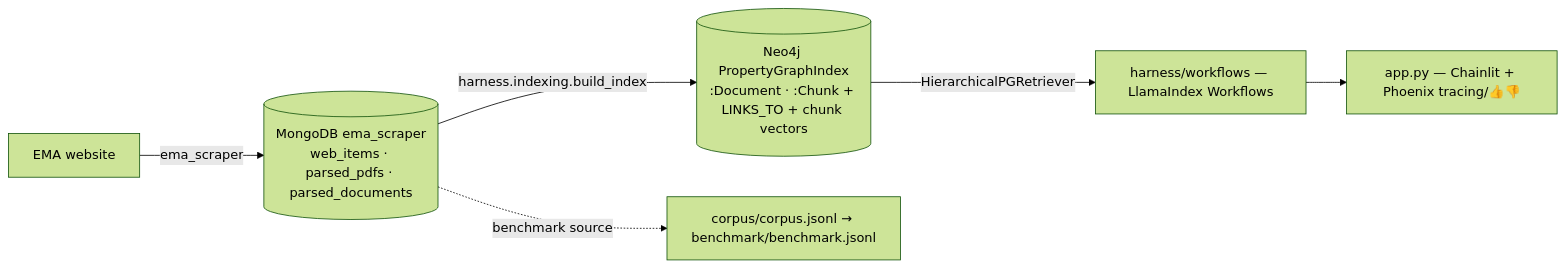
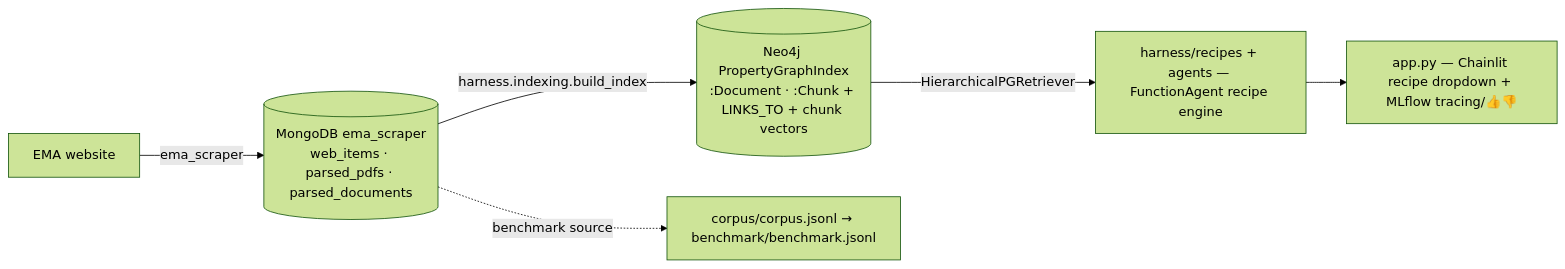
The diagram in README.md (MoritzImendoerffer/ema_nlp), drawn with Mermaid (forest theme) before and after one commit. The commit also changed other lines of this file and 124 other files, not shown here.

````diff
--- a/README.md
+++ b/README.md
@@ -79,8 +80,8 @@
 ```mermaid
 flowchart LR
     EMA[EMA website] -->|ema_scraper| MG[("MongoDB ema_scraper<br/>web_items · parsed_pdfs · parsed_documents")]
     MG -->|harness.indexing.build_index| NEO[("Neo4j PropertyGraphIndex<br/>:Document · :Chunk + LINKS_TO + chunk vectors")]
-    NEO -->|HierarchicalPGRetriever| WF[harness/workflows — LlamaIndex Workflows]
-    WF --> UI[app.py — Chainlit + Phoenix tracing/👍👎]
+    NEO -->|HierarchicalPGRetriever| AG[harness/recipes + agents — FunctionAgent recipe engine]
+    AG --> UI[app.py — Chainlit recipe dropdown + MLflow tracing/👍👎]
     MG -.benchmark source.-> CJ[corpus/corpus.jsonl → benchmark/benchmark.jsonl]
 ```
````
